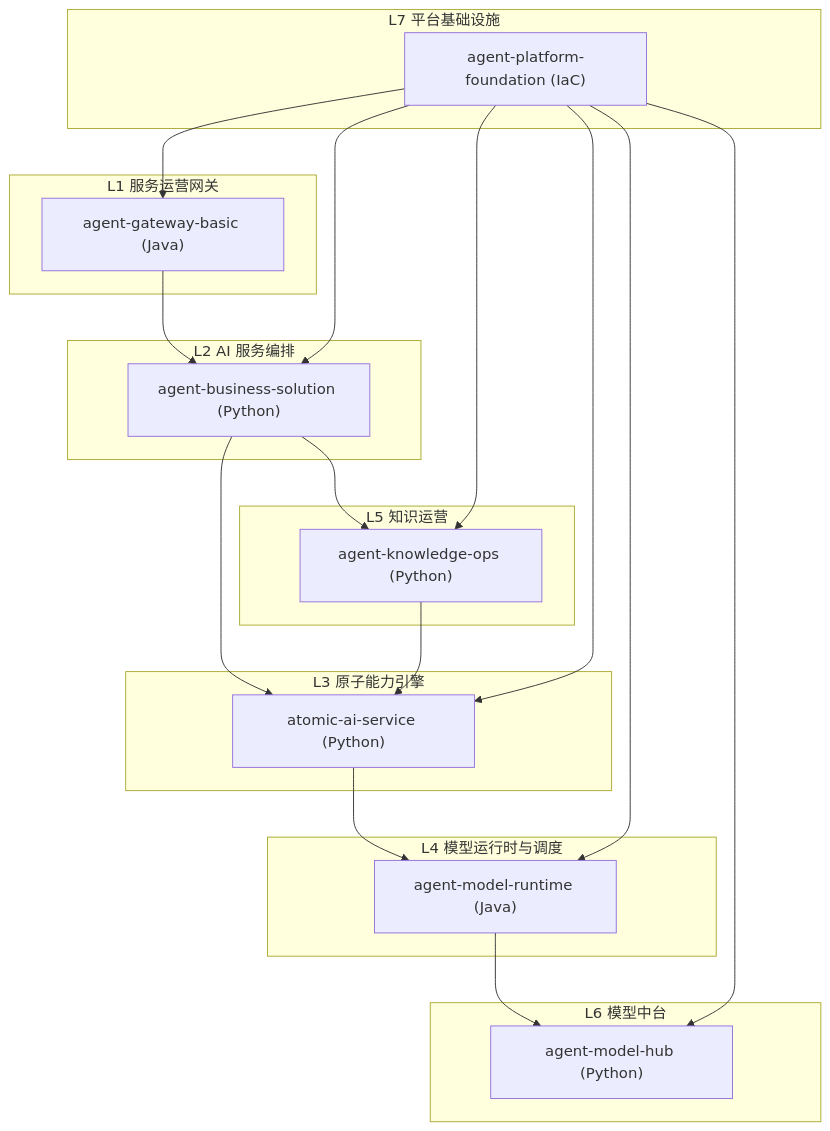
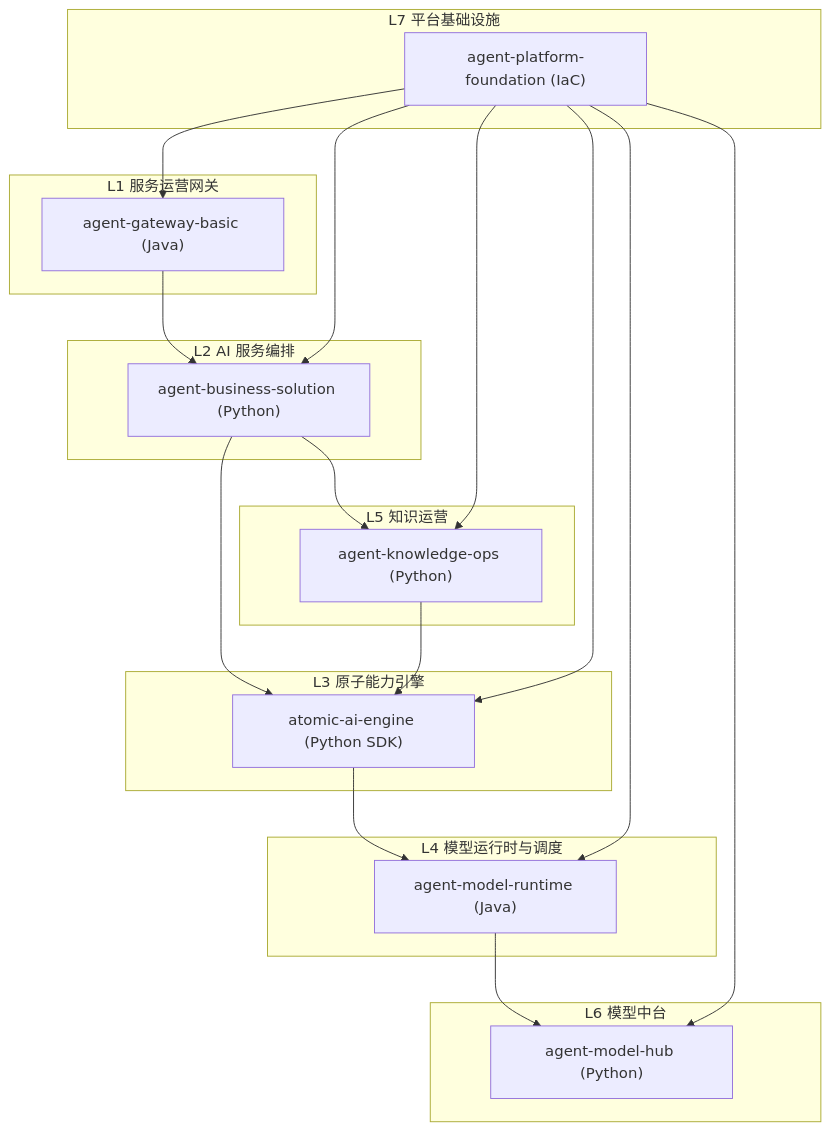
One commit to zeranlin/agent_harness changed the first of 2 diagrams in ARCHITECTURE_CN.md. Above: the diagram before and after it, drawn with Mermaid. The commit also changed 12 other files, not shown here.

Commit message:
L3 现在以 atomic-ai-engine SDK 方案统一对外发布

````diff
--- a/ARCHITECTURE_CN.md
+++ b/ARCHITECTURE_CN.md
@@ -4,34 +4,34 @@
 ```mermaid
 flowchart TB
   subgraph L1["L1 服务运营网关"]
     GW["agent-gateway-basic (Java)"]
   end
   subgraph L2["L2 AI 服务编排"]
     BS["agent-business-solution (Python)"]
   end
   subgraph L3["L3 原子能力引擎"]
-    AT["atomic-ai-service (Python)"]
+    AT["atomic-ai-engine (Python SDK)"]
   end
   subgraph L4["L4 模型运行时与调度"]
     MR["agent-model-runtime (Java)"]
   end
   subgraph L5["L5 知识运营"]
     KO["agent-knowledge-ops (Python)"]
   end
   subgraph L6["L6 模型中台"]
     MH["agent-model-hub (Python)"]
   end
   subgraph L7["L7 平台基础设施"]
     PF["agent-platform-foundation (IaC)"]
   end
 
   GW --> BS --> AT --> MR --> MH
   BS --> KO
   KO --> AT
   PF --> GW
   PF --> BS
   PF --> AT
   PF --> MR
   PF --> KO
   PF --> MH
 ```
````
